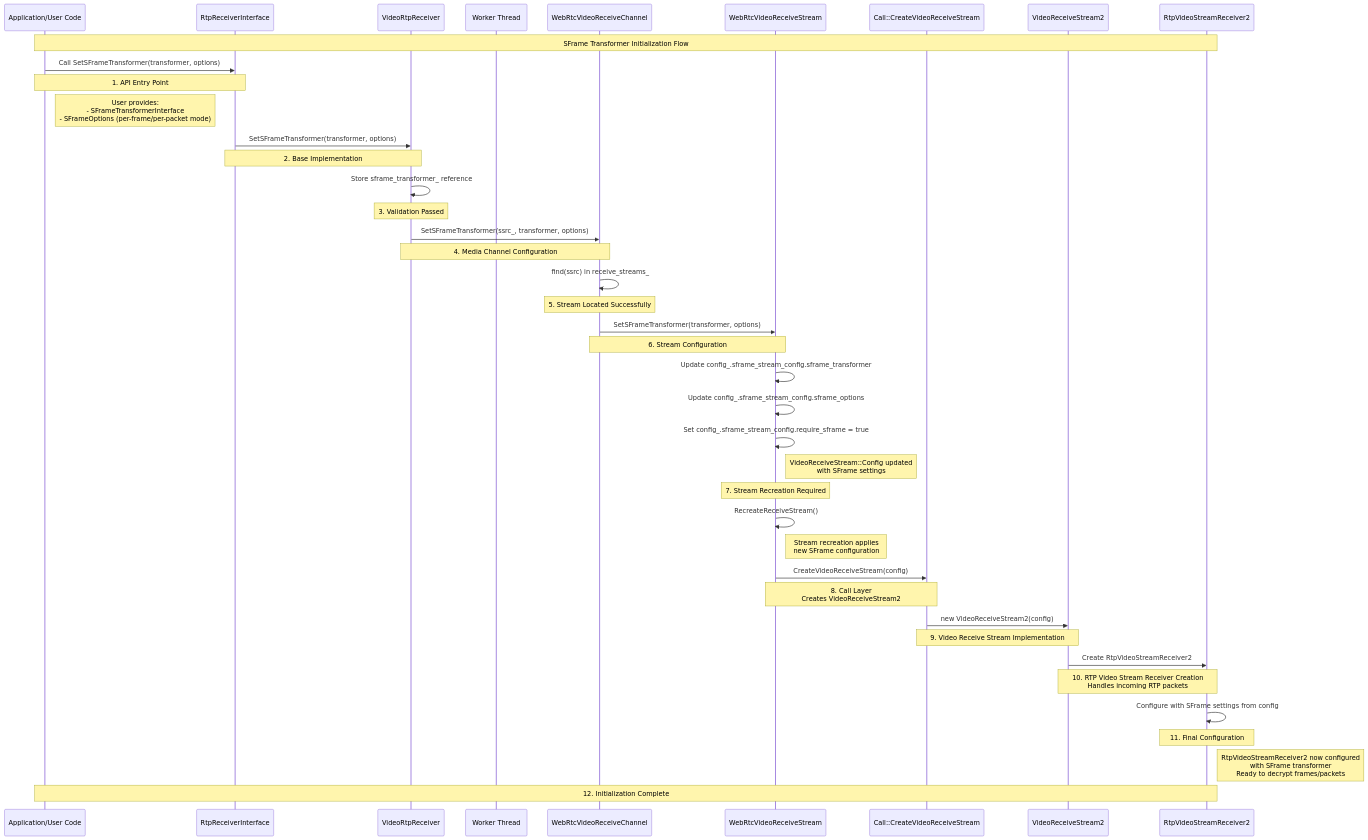
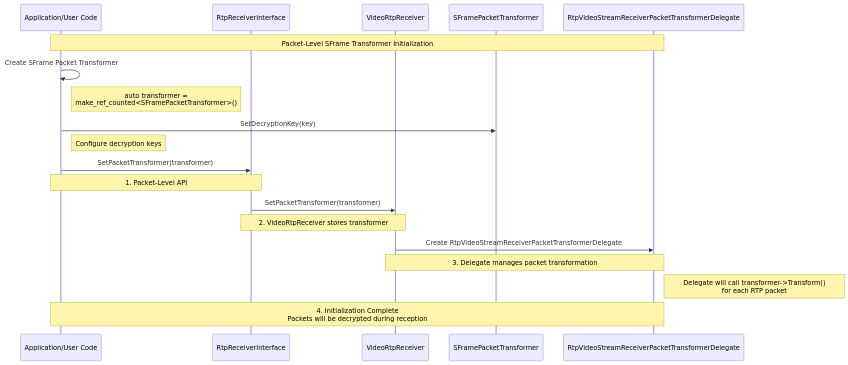
Before and after one commit to webex/webrtc-sframe: the second of 3 diagrams in video-receiver.md, drawn with Mermaid. The commit also changed other lines of this file and 7 other files, not shown here.

Commit message:
reuse frame transform interfaces for packet transformation

````diff
--- a/video-receiver.md
+++ b/video-receiver.md
@@ -16,63 +60,30 @@
 ```mermaid
 sequenceDiagram
     participant User as Application/User Code
     participant API as RtpReceiverInterface
     participant Base as VideoRtpReceiver
-    participant Worker as Worker Thread
-    participant Channel as WebRtcVideoReceiveChannel
-    participant Stream as WebRtcVideoReceiveStream
-    participant Call as Call::CreateVideoReceiveStream
-    participant VSImpl as VideoReceiveStream2
-    participant RtpVideoReceiver as RtpVideoStreamReceiver2
+    participant Transformer as SFramePacketTransformer
+    participant Delegate as RtpVideoStreamReceiverPacketTransformerDelegate
 
-    Note over User, RtpVideoReceiver: SFrame Transformer Initialization Flow
+    Note over User, Delegate: Packet-Level SFrame Transformer Initialization
 
-    %% API Level Initialization
-    User->>API: Call SetSFrameTransformer(transformer, options)
-    Note over User, API: 1. API Entry Point
-    Note right of User: User provides:<br/>- SFrameTransformerInterface<br/>- SFrameOptions (per-frame/per-packet mode)
+    %% Create SFrame Packet Transformer
+    User->>User: Create SFrame Packet Transformer
+    Note right of User: auto transformer =<br/>make_ref_counted<SFramePacketTransformer>()
 
-    %% VideoRtpReceiver Processing
-    API->>Base: SetSFrameTransformer(transformer, options)
-    Note over API, Base: 2. Base Implementation
-    Base->>Base: Store sframe_transformer_ reference
+    User->>Transformer: SetDecryptionKey(key)
+    Note right of User: Configure decryption keys
 
-    %% Validation and Processing
-    Note over Base: 3. Validation Passed
-    Base->>Channel: SetSFrameTransformer(ssrc_, transformer, options)
-    Note over Base, Channel: 4. Media Channel Configuration
+    %% Set Packet Transformer
+    User->>API: SetPacketTransformer(transformer)
+    Note over User, API: 1. Packet-Level API
+    
+    API->>Base: SetPacketTransformer(transformer)
+    Note over API, Base: 2. VideoRtpReceiver stores transformer
+    
+    Base->>Delegate: Create RtpVideoStreamReceiverPacketTransformerDelegate
+    Note over Base, Delegate: 3. Delegate manages packet transformation
+    Note right of Delegate: Delegate will call transformer->Transform()<br/>for each RTP packet
 
-    %% Stream Lookup and Configuration
-    Channel->>Channel: find(ssrc) in receive_streams_
-    Note over Channel: 5. Stream Located Successfully
-    Channel->>Stream: SetSFrameTransformer(transformer, options)
-
-    %% Stream Configuration Update
-    Note over Channel, Stream: 6. Stream Configuration
-    Stream->>Stream: Update config_.sframe_stream_config.sframe_transformer
-    Stream->>Stream: Update config_.sframe_stream_config.sframe_options
-    Stream->>Stream: Set config_.sframe_stream_config.require_sframe = true
-    Note right of Stream: VideoReceiveStream::Config updated<br/>with SFrame settings
-
-    %% Stream Recreation and Creation Pipeline
-    Note over Stream: 7. Stream Recreation Required
-    Stream->>Stream: RecreateReceiveStream()
-    Note right of Stream: Stream recreation applies<br/>new SFrame configuration
-
-    %% Video Receive Stream Creation Pipeline
-    Stream->>Call: CreateVideoReceiveStream(config)
-    Note over Stream, Call: 8. Call Layer<br/>Creates VideoReceiveStream2
-
-    Call->>VSImpl: new VideoReceiveStream2(config)
-    Note over Call, VSImpl: 9. Video Receive Stream Implementation
-
-    VSImpl->>RtpVideoReceiver: Create RtpVideoStreamReceiver2
-    Note over VSImpl, RtpVideoReceiver: 10. RTP Video Stream Receiver Creation<br/>Handles incoming RTP packets
-
-    RtpVideoReceiver->>RtpVideoReceiver: Configure with SFrame settings from config
-    Note over RtpVideoReceiver: 11. Final Configuration
-    Note right of RtpVideoReceiver: RtpVideoStreamReceiver2 now configured<br/>with SFrame transformer<br/>Ready to decrypt frames/packets
-
-    %% Success Response
-    Note over User, RtpVideoReceiver: 12. Initialization Complete
+    Note over User, Delegate: 4. Initialization Complete<br/>Packets will be decrypted during reception
 ```
````
